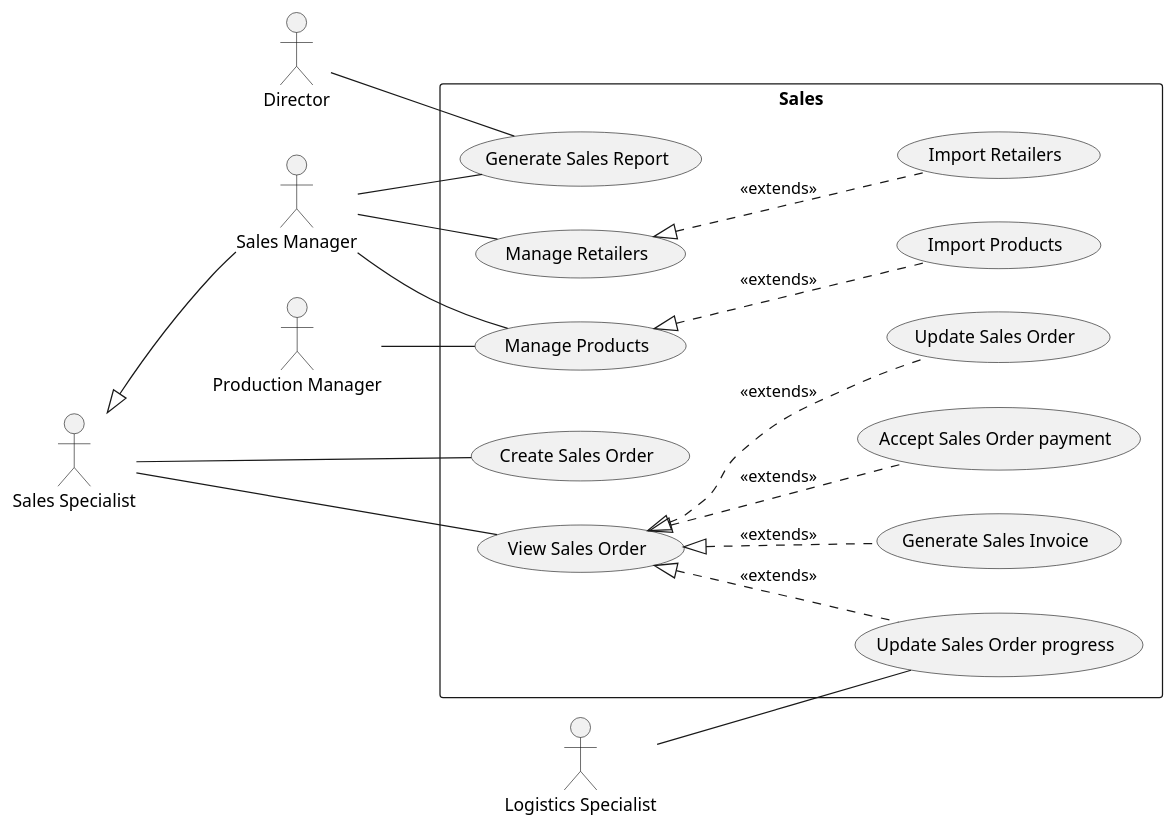
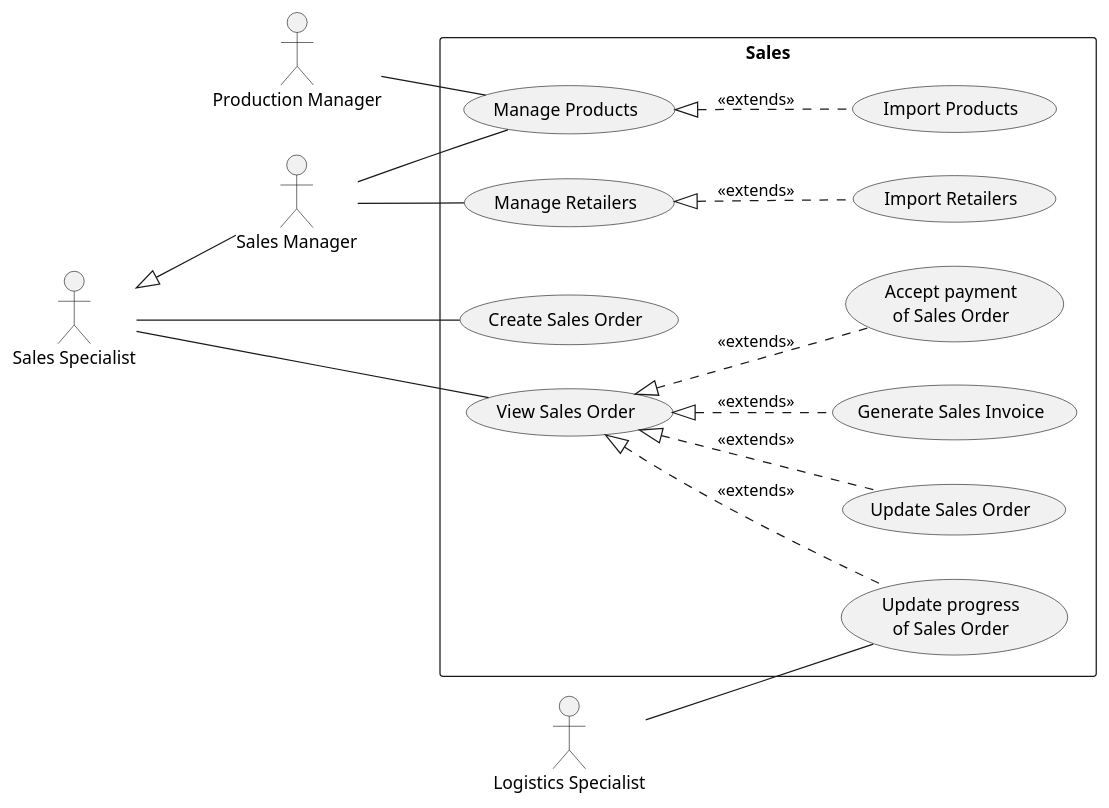
The diagram in use-cases/sales.plantuml (phihungha/scmss-reqs), drawn with PlantUML before and after one commit. The commit also changed 11 other files, not shown here.

```diff
--- a/use-cases/sales.plantuml
+++ b/use-cases/sales.plantuml
@@ -1,31 +1,28 @@
 @startuml sales
 left to right direction
 
-:Director: as d
 
 :Production Manager: as pm
 
 :Sales Specialist: as s
 :Sales Manager: as sm
 s <|-- sm
 
 :Logistics Specialist: as ls
 
 rectangle Sales {
     s -- (Create Sales Order)
     s -- (View Sales Order)
     (View Sales Order) <|.. (Update Sales Order) : <<extends>>
-    (View Sales Order) <|.. (Update Sales Order progress) : <<extends>>
-    ls -- (Update Sales Order progress)
+    (View Sales Order) <|.. (Update progress\nof Sales Order) : <<extends>>
+    ls -- (Update progress\nof Sales Order)
     (View Sales Order) <|.. (Generate Sales Invoice) : <<extends>>
-    (View Sales Order) <|.. (Accept Sales Order payment) : <<extends>>
+    (View Sales Order) <|.. (Accept payment\nof Sales Order) : <<extends>>
 
-    sm -- (Generate Sales Report)
-    d -- (Generate Sales Report)
     pm -- (Manage Products)
     sm -- (Manage Products)
     (Manage Products) <|.. (Import Products) : <<extends>>
     sm -- (Manage Retailers)
     (Manage Retailers) <|.. (Import Retailers) : <<extends>>
 }
 @enduml
```
